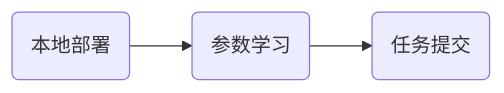
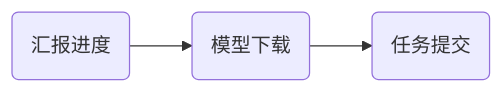
The diagram in backup/百度实习第二十八天.md (wlkla/onebuaaer.github.io), drawn with Mermaid before and after one commit. The commit also changed other lines of this file and 3 other files, not shown here.

````diff
--- a/backup/百度实习第二十八天.md
+++ b/backup/百度实习第二十八天.md
@@ -5,7 +5,7 @@
 ```mermaid
 graph LR
-    A(本地部署)
-    B(参数学习)
+    A(汇报进度)
+    B(模型下载)
     C(任务提交)
     A --> B --> C
 ```
````
